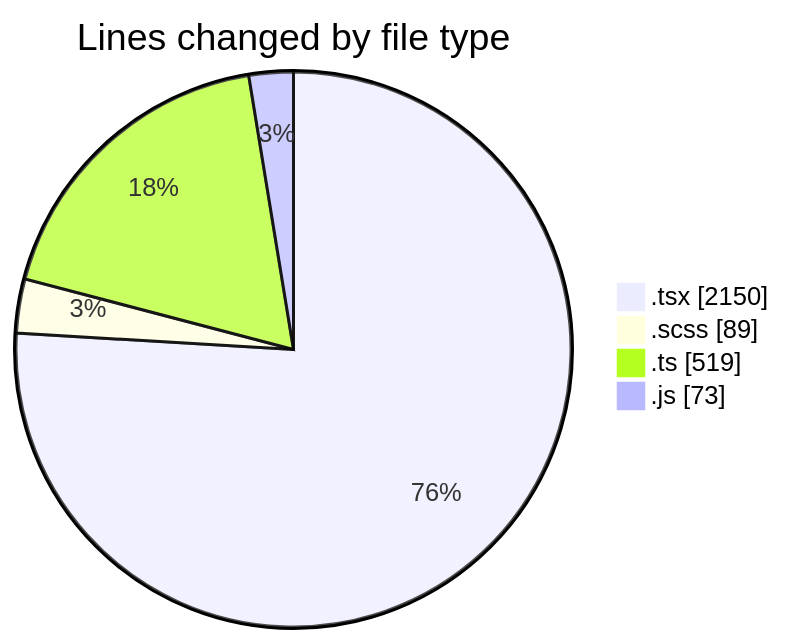
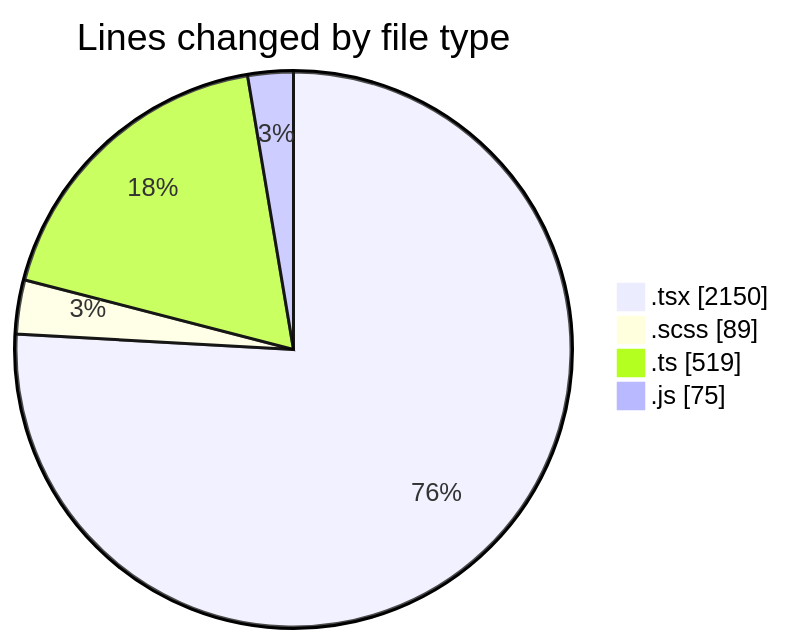
One commit to momahboobian/code-tracking changed the first of 2 diagrams in 2025-06-17/cda/README.md. Above: the diagram before and after it, drawn with Mermaid. The commit also changed other lines of this file and 1 other file, not shown here.

````diff
--- a/2025-06-17/cda/README.md
+++ b/2025-06-17/cda/README.md
@@ -26,8 +26,8 @@
 ```mermaid
 pie showData
 title Lines changed by file type
 ".tsx" : 2150
 ".scss" : 89
 ".ts" : 519
-".js" : 73
+".js" : 75
 ```
````
